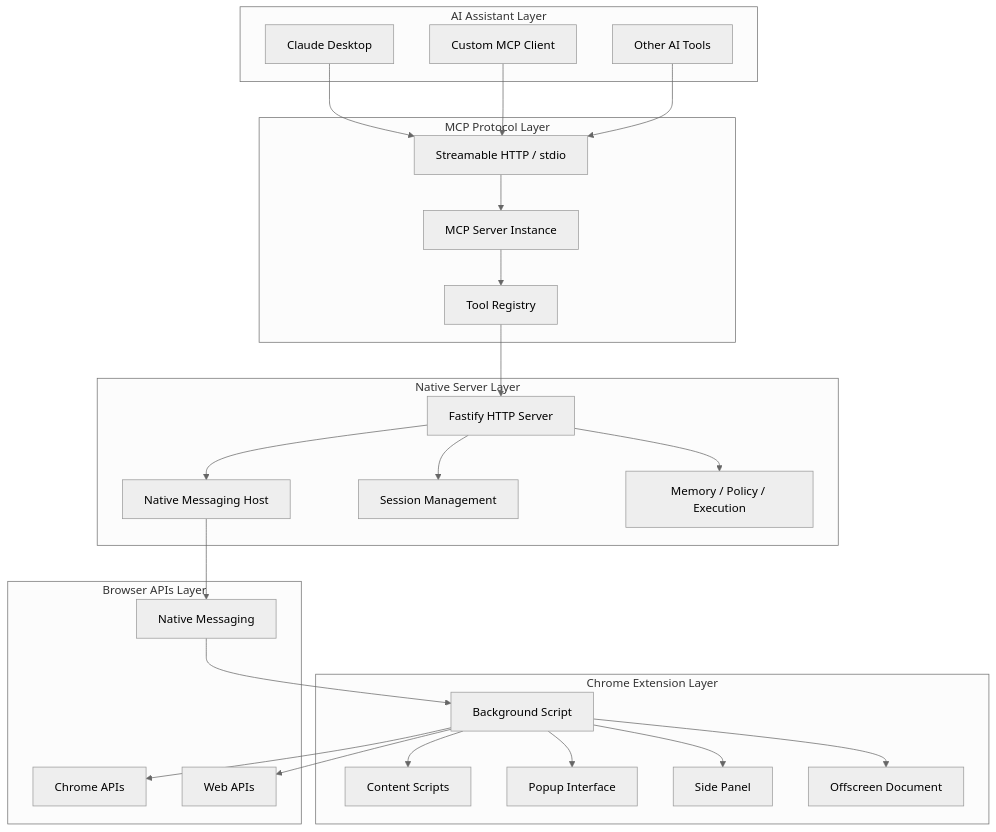
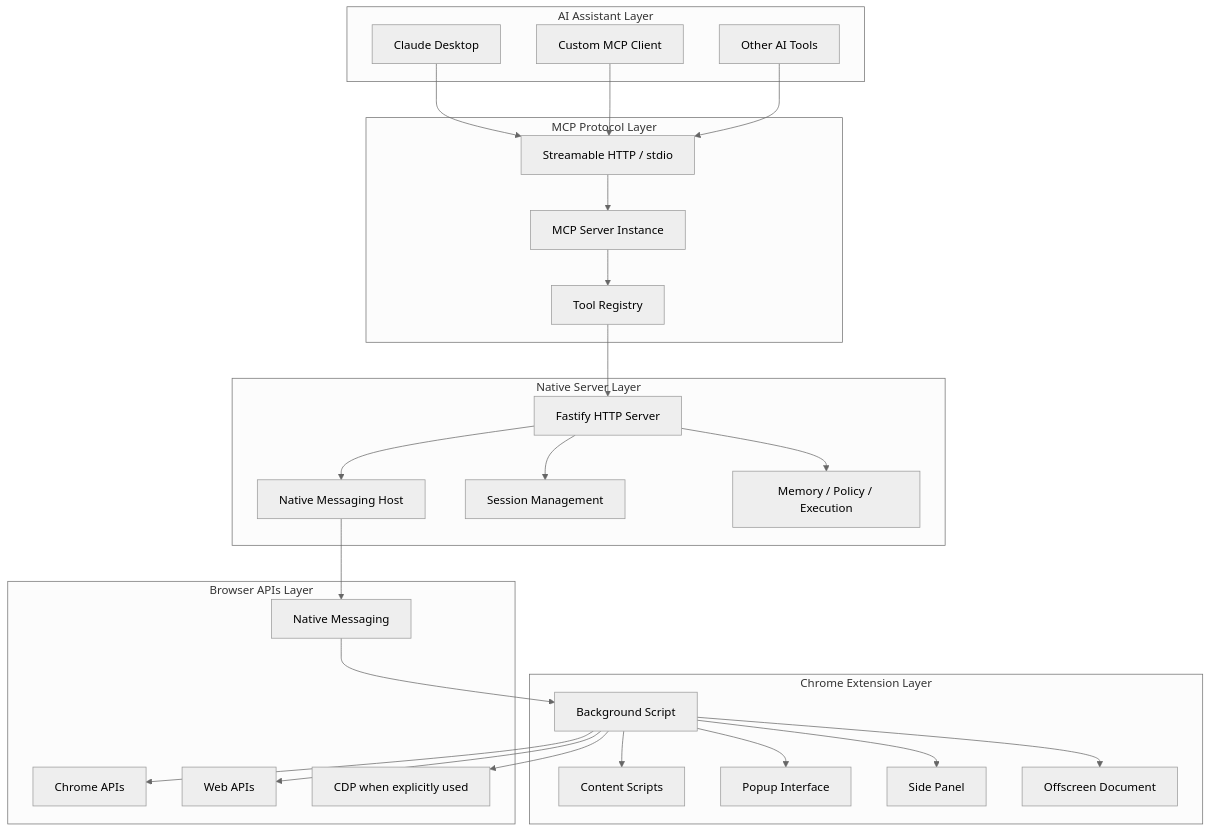
One commit to dweee/tabrix changed the diagram in docs/ARCHITECTURE.md. Above: the diagram before and after it, drawn with Mermaid (neutral theme). The commit also changed other lines of this file and 70 other files, not shown here.

````diff
--- a/docs/ARCHITECTURE.md
+++ b/docs/ARCHITECTURE.md
@@ -21,53 +22,55 @@
 ```mermaid
 graph TB
     subgraph "AI Assistant Layer"
         A[Claude Desktop]
         B[Custom MCP Client]
         C[Other AI Tools]
     end
 
     subgraph "MCP Protocol Layer"
         D[Streamable HTTP / stdio]
         E[MCP Server Instance]
         F[Tool Registry]
     end
 
     subgraph "Native Server Layer"
         G[Fastify HTTP Server]
         H[Native Messaging Host]
         I[Session Management]
         J[Memory / Policy / Execution]
     end
 
     subgraph "Chrome Extension Layer"
         K[Background Script]
         L[Content Scripts]
         M[Popup Interface]
         N[Side Panel]
         O[Offscreen Document]
     end
 
     subgraph "Browser APIs Layer"
         P[Chrome APIs]
         Q[Web APIs]
         R[Native Messaging]
+        S[CDP when explicitly used]
     end
 
     A --> D
     B --> D
     C --> D
     D --> E
     E --> F
     F --> G
     G --> H
     G --> I
     G --> J
     H --> R
     R --> K
     K --> L
     K --> M
     K --> N
     K --> O
     K --> P
     K --> Q
+    K --> S
 ```
````
